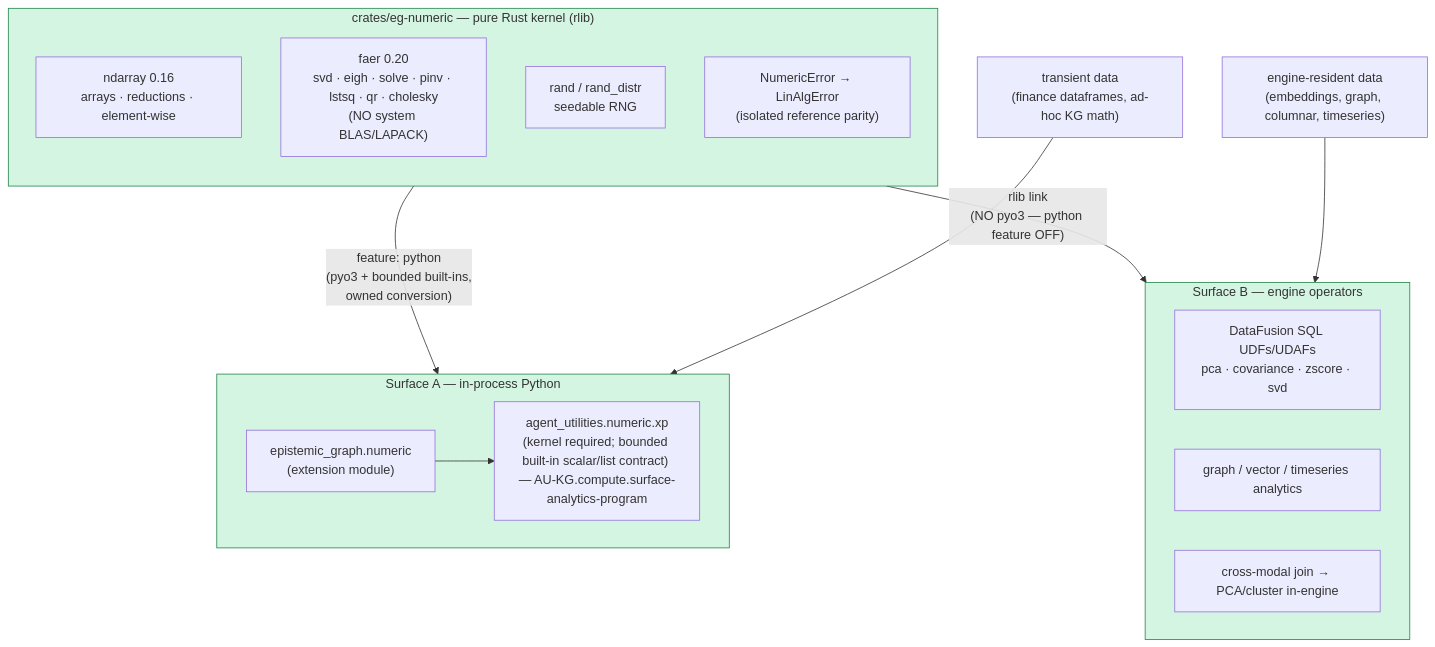
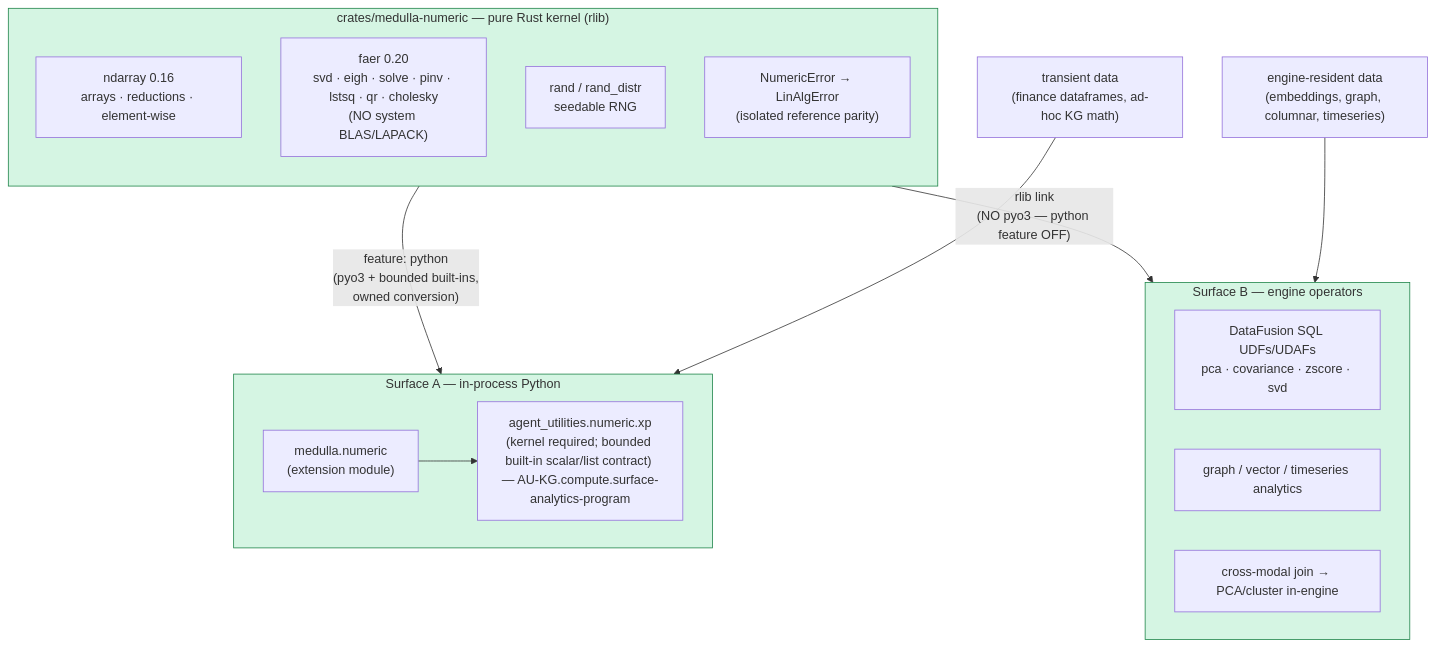
The first of 3 diagrams in docs/architecture/numeric_kernel.md (Knuckles-Team/epistemic-graph), drawn with Mermaid before and after one commit. The commit also changed other lines of this file and 5990 other files, not shown here.

First line of the commit message:
refactor!: rename epistemic-graph to medulla end to end (hard cutover)

````diff
--- a/docs/architecture/numeric_kernel.md
+++ b/docs/architecture/numeric_kernel.md
@@ -17,32 +17,32 @@
 ```mermaid
 flowchart TD
-    subgraph K["crates/eg-numeric — pure Rust kernel (rlib)"]
+    subgraph K["crates/medulla-numeric — pure Rust kernel (rlib)"]
         direction TB
         ND["ndarray 0.16<br/>arrays · reductions · element-wise"]
         FA["faer 0.20<br/>svd · eigh · solve · pinv · lstsq · qr · cholesky<br/>(NO system BLAS/LAPACK)"]
         RN["rand / rand_distr<br/>seedable RNG"]
         ERR["NumericError → LinAlgError<br/>(isolated reference parity)"]
     end
 
     K -->|"feature: python<br/>(pyo3 + bounded built-ins,<br/>owned conversion)"| SA
     K -->|"rlib link<br/>(NO pyo3 — python feature OFF)"| SB
 
     subgraph SA["Surface A — in-process Python"]
-        M1["epistemic_graph.numeric<br/>(extension module)"]
+        M1["medulla.numeric<br/>(extension module)"]
         M2["agent_utilities.numeric.xp<br/>(kernel required; bounded built-in scalar/list contract) — AU-KG.compute.surface-analytics-program"]
         M1 --> M2
     end
 
     subgraph SB["Surface B — engine operators"]
         D1["DataFusion SQL UDFs/UDAFs<br/>pca · covariance · zscore · svd"]
         D2["graph / vector / timeseries analytics"]
         D3["cross-modal join → PCA/cluster in-engine"]
     end
 
     TA["transient data<br/>(finance dataframes, ad-hoc KG math)"] --> SA
     TB["engine-resident data<br/>(embeddings, graph, columnar, timeseries)"] --> SB
 
     classDef done fill:#d5f5e3,stroke:#1e8449;
     classDef todo fill:#fdebd0,stroke:#b9770e;
     class K,SA,SB done;
 ```
````
